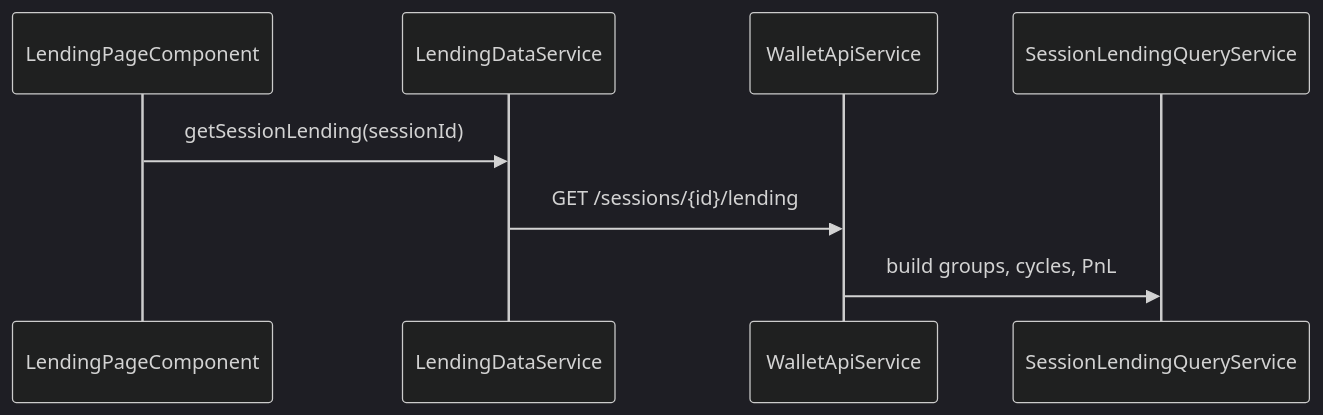
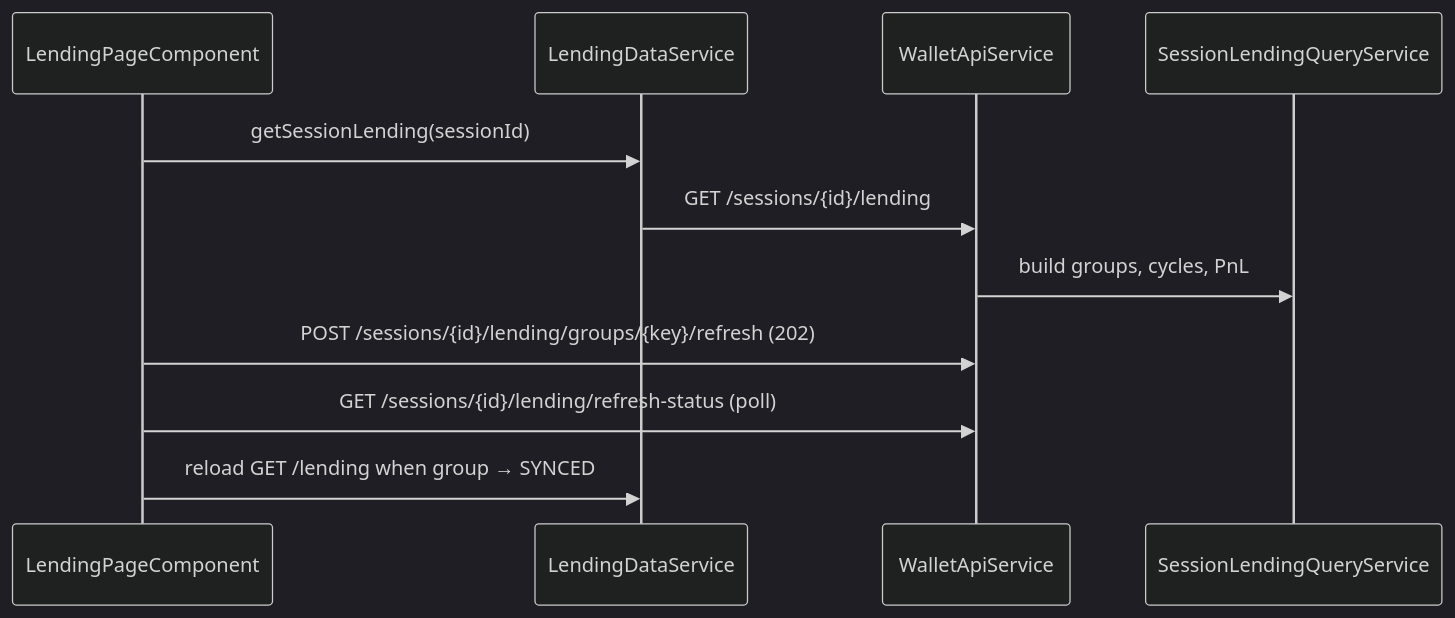
One commit to Volad/wallet-radar changed the diagram in docs/frontend/lending-market.md. Above: the diagram before and after it, drawn with Mermaid (dark theme). The commit also changed other lines of this file and 166 other files, not shown here.

First line of the commit message:
feat(auth,lp,lending): async refresh status, SSO, and on-demand enrich hardening

````diff
--- a/docs/frontend/lending-market.md
+++ b/docs/frontend/lending-market.md
@@ -9,11 +9,14 @@
 ```mermaid
 sequenceDiagram
   participant Page as LendingPageComponent
   participant LDS as LendingDataService
   participant API as WalletApiService
   participant BE as SessionLendingQueryService
 
   Page->>LDS: getSessionLending(sessionId)
   LDS->>API: GET /sessions/{id}/lending
   API->>BE: build groups, cycles, PnL
+  Page->>API: POST /sessions/{id}/lending/groups/{key}/refresh (202)
+  Page->>API: GET /sessions/{id}/lending/refresh-status (poll)
+  Page->>LDS: reload GET /lending when group → SYNCED
 ```
````
